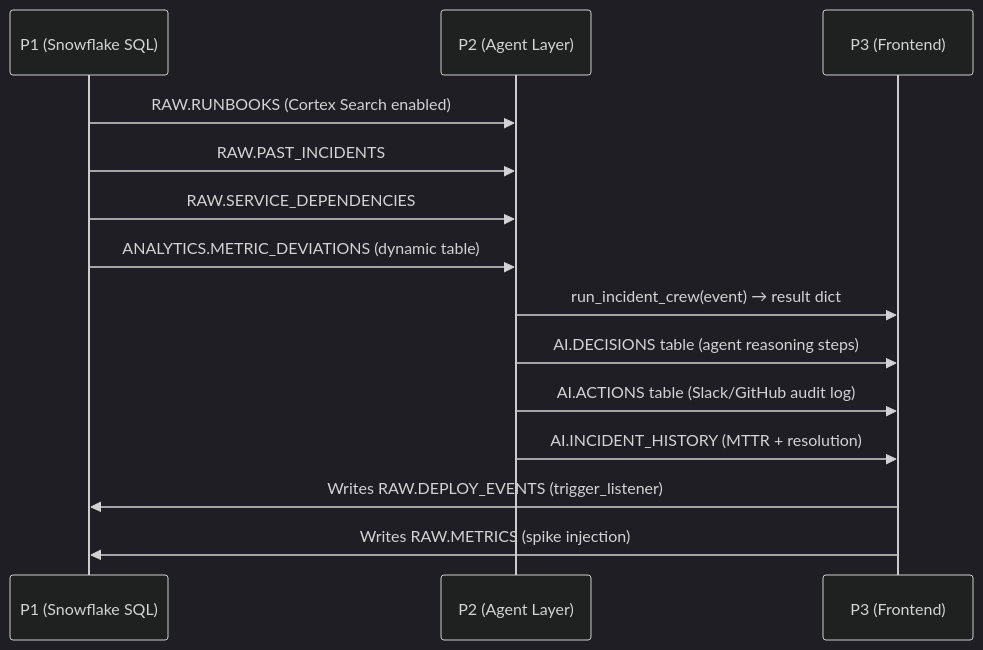
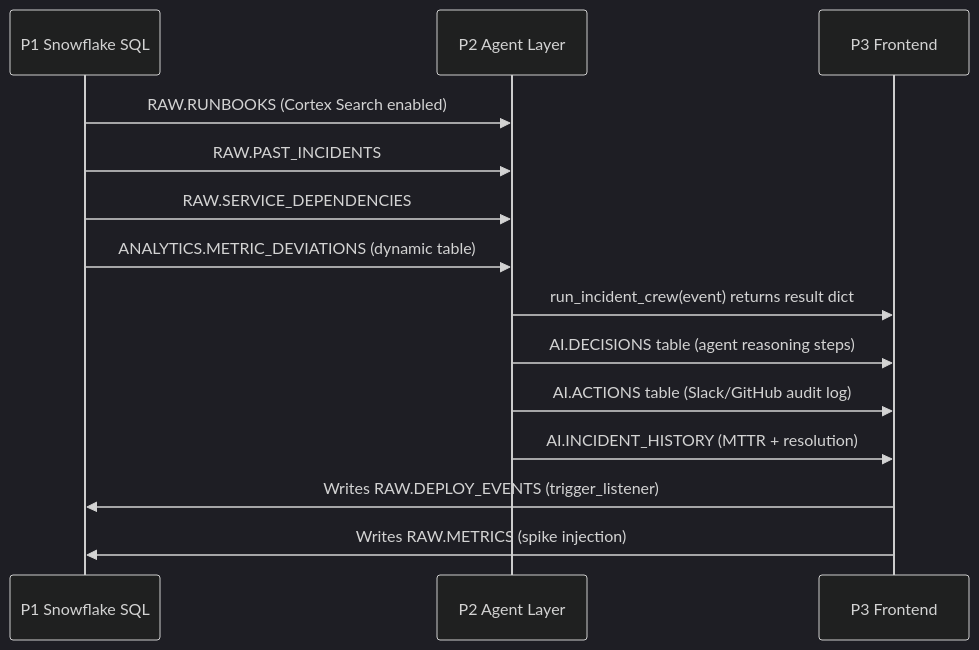
The sixth of 6 diagrams in ARCHITECTURE.md (theshubh007/IncidentDNA), drawn with Mermaid (dark theme) before and after one commit. The commit also changed other lines of this file, not shown here.

Commit message:
fix: replace \n and em-dashes in Mermaid diagrams for universal rendering

````diff
--- a/ARCHITECTURE.md
+++ b/ARCHITECTURE.md
@@ -332,19 +336,19 @@
 ```mermaid
 sequenceDiagram
-    participant P1 as P1 (Snowflake SQL)
-    participant P2 as P2 (Agent Layer)
-    participant P3 as P3 (Frontend)
+    participant P1 as P1 Snowflake SQL
+    participant P2 as P2 Agent Layer
+    participant P3 as P3 Frontend
 
     P1->>P2: RAW.RUNBOOKS (Cortex Search enabled)
     P1->>P2: RAW.PAST_INCIDENTS
     P1->>P2: RAW.SERVICE_DEPENDENCIES
     P1->>P2: ANALYTICS.METRIC_DEVIATIONS (dynamic table)
 
-    P2->>P3: run_incident_crew(event) → result dict
+    P2->>P3: run_incident_crew(event) returns result dict
     P2->>P3: AI.DECISIONS table (agent reasoning steps)
     P2->>P3: AI.ACTIONS table (Slack/GitHub audit log)
     P2->>P3: AI.INCIDENT_HISTORY (MTTR + resolution)
 
     P3->>P1: Writes RAW.DEPLOY_EVENTS (trigger_listener)
     P3->>P1: Writes RAW.METRICS (spike injection)
 ```
````
